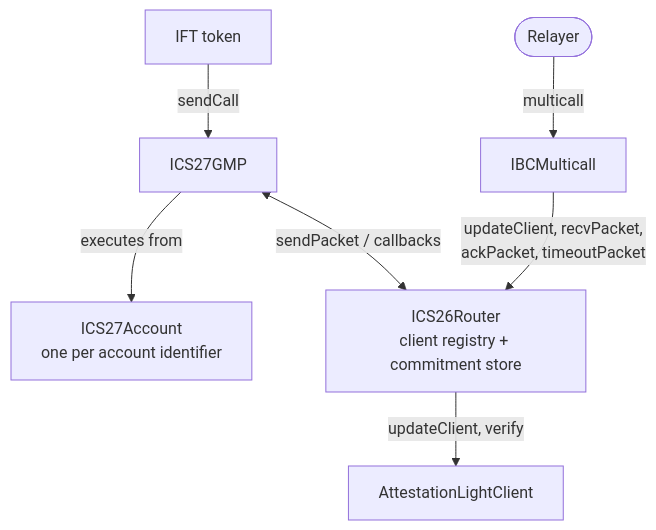
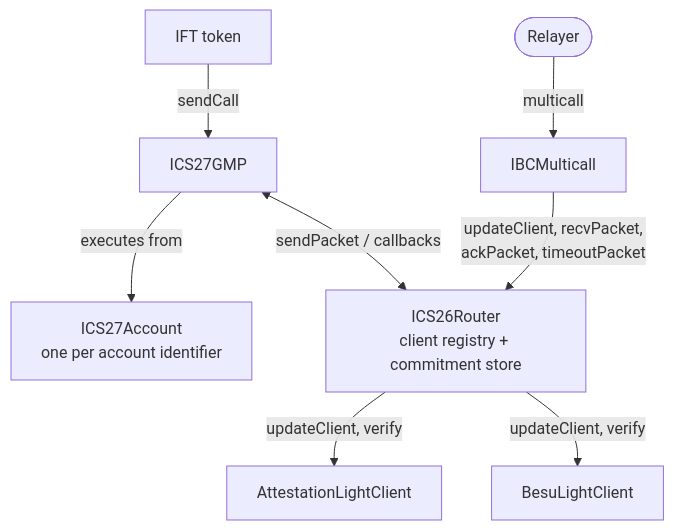
Before and after one commit to cosmos/ibc: the diagram in docs/5-ibc-solidity-contracts/1-overview.md, drawn with Mermaid. The commit also changed other lines of this file and 6 other files, not shown here.

First line of the commit message:
docs: add BesuLightClient contracts page (#1620)

````diff
--- a/docs/5-ibc-solidity-contracts/1-overview.md
+++ b/docs/5-ibc-solidity-contracts/1-overview.md
@@ -22,17 +22,19 @@
 ```mermaid
 flowchart TB
     REL(["Relayer"])
     IFT["IFT token"]
     GMP["ICS27GMP"]
     ACC["ICS27Account<br/>one per account identifier"]
     MC["IBCMulticall"]
     R["ICS26Router<br/>client registry + commitment store"]
     ALC["AttestationLightClient"]
+    BLC["BesuLightClient"]
 
     IFT -- "sendCall" --> GMP
     GMP -- "executes from" --> ACC
     GMP <-- "sendPacket / callbacks" --> R
     REL -- "multicall" --> MC
     MC -- "updateClient, recvPacket,<br/>ackPacket, timeoutPacket" --> R
     R -- "updateClient, verify" --> ALC
+    R -- "updateClient, verify" --> BLC
 ```
````
